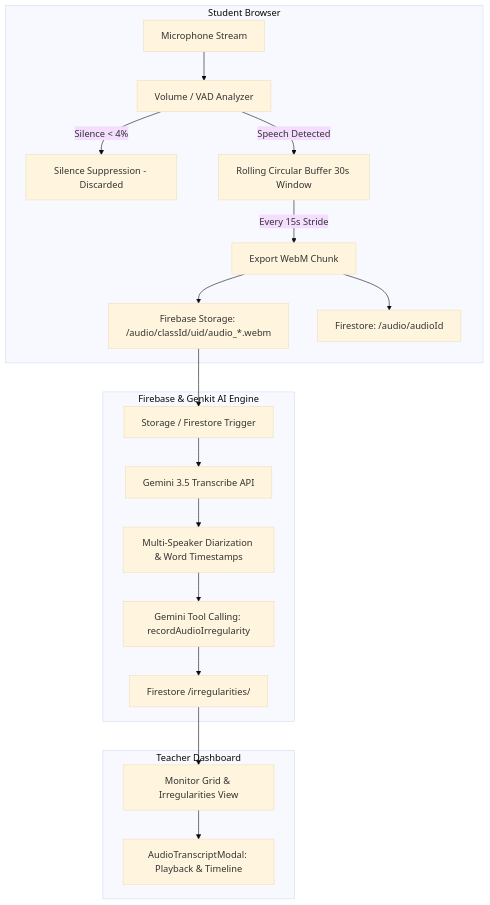
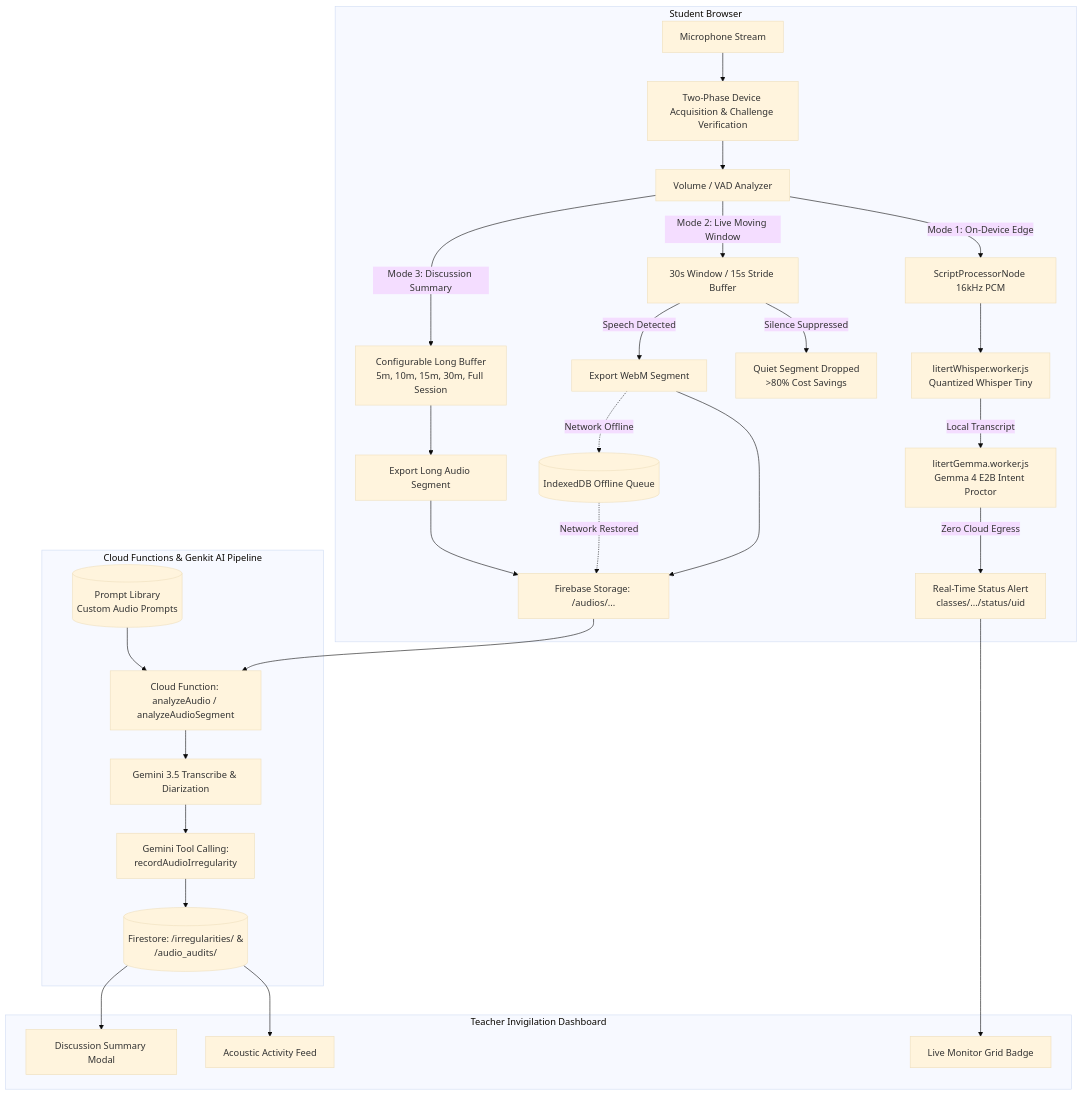
One commit to wongcyrus/Gemini-AI-Classroom-Assistant changed the first of 6 diagrams in docs/audio-invigilation-and-transcription.md. Above: the diagram before and after it, drawn with Mermaid (base theme). The commit also changed other lines of this file and 22 other files, not shown here.

Commit message:
feat(voice-ai): add voice prompt selection modal, mustache placeholder interpolation, and client gemma structured irregularity handling

````diff
--- a/docs/audio-invigilation-and-transcription.md
+++ b/docs/audio-invigilation-and-transcription.md
@@ -11,24 +11,42 @@
 ```mermaid
 flowchart TD
     subgraph Client [Student Browser]
-        Mic[Microphone Stream] --> VAD[Volume / VAD Analyzer]
-        VAD -->|Silence < 4%| Drop[Silence Suppression - Discarded]
-        VAD -->|Speech Detected| RollingBuffer[Rolling Circular Buffer 30s Window]
-        RollingBuffer -->|Every 15s Stride| BlobGen[Export WebM Chunk]
-        BlobGen --> UploadStorage[Firebase Storage: /audio/classId/uid/audio_*.webm]
-        BlobGen --> WriteMeta[Firestore: /audio/audioId]
+        Mic[Microphone Stream] --> DevAcq[Two-Phase Device Acquisition & Challenge Verification]
+        DevAcq --> VAD[Volume / VAD Analyzer]
+        
+        %% Mode 1: Edge LiteRT
+        VAD -->|Mode 1: On-Device Edge| ScriptProc[ScriptProcessorNode 16kHz PCM]
+        ScriptProc --> EdgeWhisper[litertWhisper.worker.js\nQuantized Whisper Tiny]
+        EdgeWhisper -->|Local Transcript| EdgeGemma[litertGemma.worker.js\nGemma 4 E2B Intent Proctor]
+        EdgeGemma -->|Zero Cloud Egress| LocalAlert[Real-Time Status Alert\nclasses/.../status/uid]
+
+        %% Mode 2: Moving Window Invigilation
+        VAD -->|Mode 2: Live Moving Window| RollingBuf[30s Window / 15s Stride Buffer]
+        RollingBuf -->|Silence Suppressed| DropSilence[Quiet Segment Dropped\n>80% Cost Savings]
+        RollingBuf -->|Speech Detected| WebMChunk[Export WebM Segment]
+        WebMChunk --> StorageUpload[Firebase Storage: /audios/...]
+
+        %% Mode 3: Discussion Summarization
+        VAD -->|Mode 3: Discussion Summary| SummaryBuf[Configurable Long Buffer\n5m, 10m, 15m, 30m, Full Session]
+        SummaryBuf --> LongWebM[Export Long Audio Segment]
+        LongWebM --> StorageUpload
+
+        %% Mode 4: Offline Queue
+        WebMChunk -.->|Network Offline| IDB[(IndexedDB Offline Queue)]
+        IDB -.->|Network Restored| StorageUpload
     end
 
-    subgraph Backend [Firebase & Genkit AI Engine]
-        UploadStorage --> Trigger[Storage / Firestore Trigger]
-        Trigger --> GeminiSTT[Gemini 3.5 Transcribe API]
-        GeminiSTT --> Diarization[Multi-Speaker Diarization & Word Timestamps]
-        Diarization --> ToolCalling[Gemini Tool Calling: recordAudioIrregularity]
-        ToolCalling --> IrregCol[Firestore /irregularities/]
+    subgraph Backend [Cloud Functions & Genkit AI Pipeline]
+        StorageUpload --> AnalyzeFn[Cloud Function: analyzeAudio / analyzeAudioSegment]
+        PromptLib[(Prompt Library\nCustom Audio Prompts)] --> AnalyzeFn
+        AnalyzeFn --> GeminiTranscribe[Gemini 3.5 Transcribe & Diarization]
+        GeminiTranscribe --> ToolCalling[Gemini Tool Calling:\nrecordAudioIrregularity]
+        ToolCalling --> FirestoreAudits[(Firestore: /irregularities/ &\n/audio_audits/)]
     end
 
-    subgraph Teacher [Teacher Dashboard]
-        IrregCol --> TeacherUI[Monitor Grid & Irregularities View]
-        TeacherUI --> Modal[AudioTranscriptModal: Playback & Timeline]
+    subgraph Dashboard [Teacher Invigilation Dashboard]
+        LocalAlert --> MonitorGrid[Live Monitor Grid Badge]
+        FirestoreAudits --> LiveFeed[Acoustic Activity Feed]
+        FirestoreAudits --> SummaryView[Discussion Summary Modal]
     end
 ```
````
